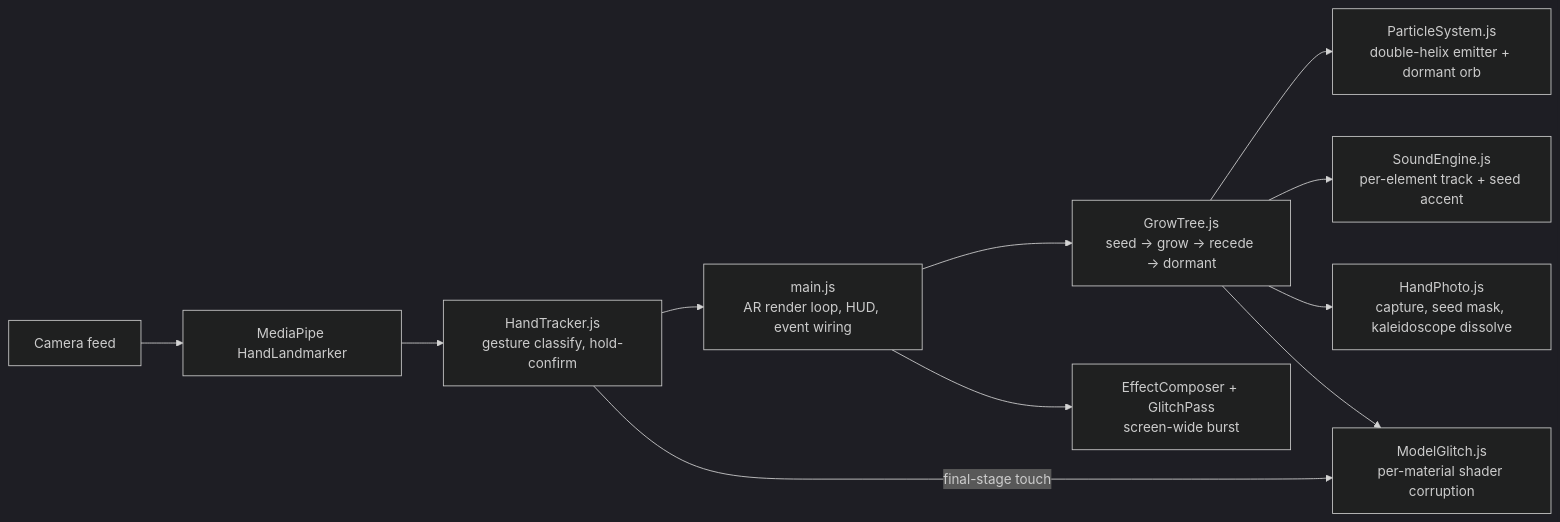
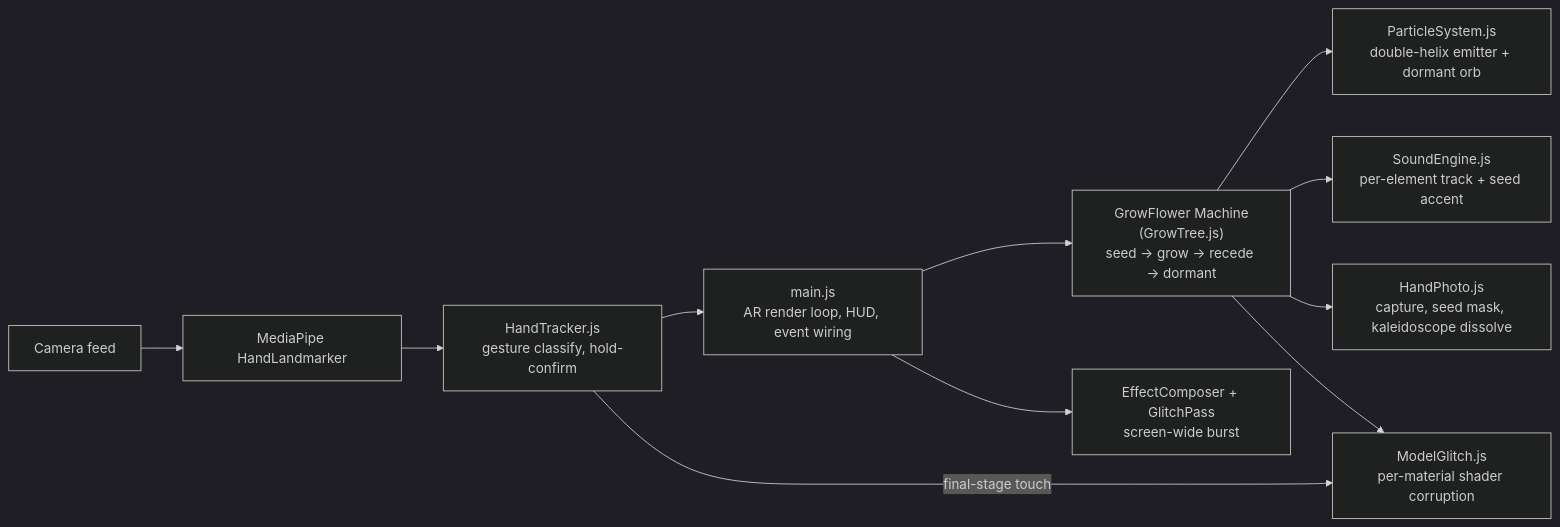
One commit to binyoun/uncanny-garden changed the third of 4 diagrams in README.md. Above: the diagram before and after it, drawn with Mermaid (dark theme). The commit also changed other lines of this file, not shown here.

First line of the commit message:
Rename GrowTree State Machine to GrowFlower Machine in README

````diff
--- a/README.md
+++ b/README.md
@@ -115,13 +115,13 @@
 ```mermaid
 flowchart LR
     Cam["Camera feed"] --> MP["MediaPipe HandLandmarker"]
     MP --> HT["HandTracker.js<br/>gesture classify, hold-confirm"]
     HT --> Main["main.js<br/>AR render loop, HUD, event wiring"]
-    Main --> GT["GrowTree.js<br/>seed → grow → recede → dormant"]
+    Main --> GT["GrowFlower Machine<br/>(GrowTree.js)<br/>seed → grow → recede → dormant"]
     GT --> PS["ParticleSystem.js<br/>double-helix emitter + dormant orb"]
     GT --> SE["SoundEngine.js<br/>per-element track + seed accent"]
     GT --> HP["HandPhoto.js<br/>capture, seed mask, kaleidoscope dissolve"]
     GT --> MG["ModelGlitch.js<br/>per-material shader corruption"]
     Main --> GC["EffectComposer + GlitchPass<br/>screen-wide burst"]
     HT -->|"final-stage touch"| MG
 ```
````
